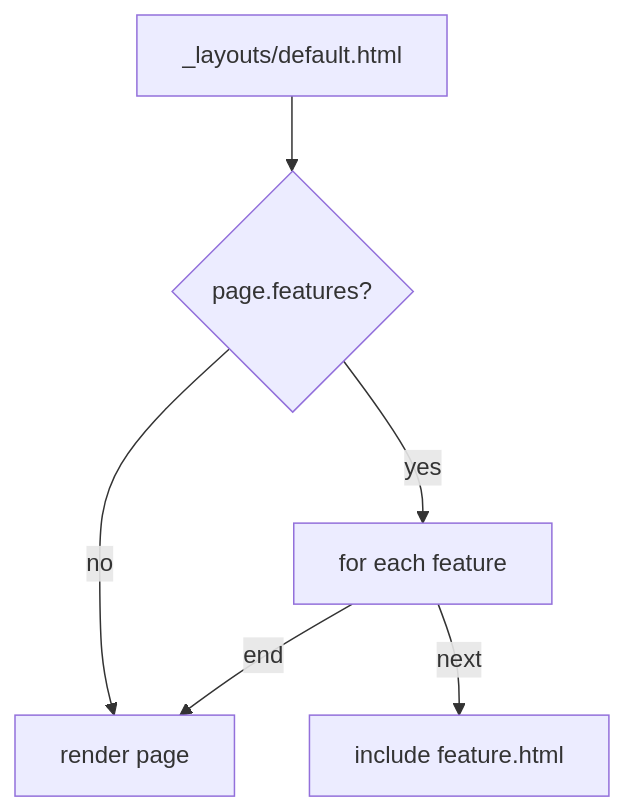
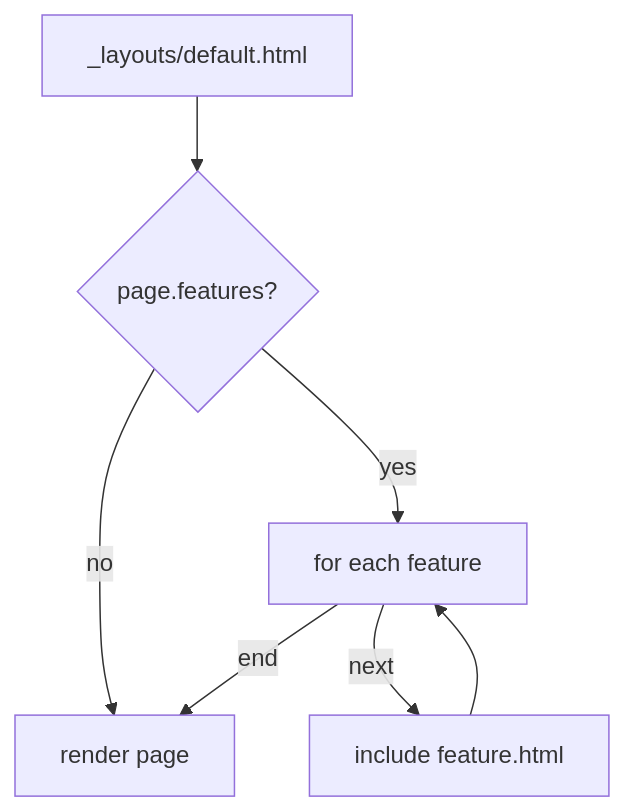
One commit to bitplane/bitplane.net changed the diagram in log/2024/10/a-matter-of-features/index.md. Above: the diagram before and after it, drawn with Mermaid. The commit also changed other lines of this file, not shown here.

````diff
--- a/log/2024/10/a-matter-of-features/index.md
+++ b/log/2024/10/a-matter-of-features/index.md
@@ -15,9 +24,10 @@
 ```mermaid
 flowchart TD
     A[_layouts/default.html] --> B{page.features?}
     B -- no --> E[render page]
     B -- yes --> C[for each feature]
 
     C -- next --> D[include feature.html]
+    D --> C
     C -- end --> E
 ```
````
